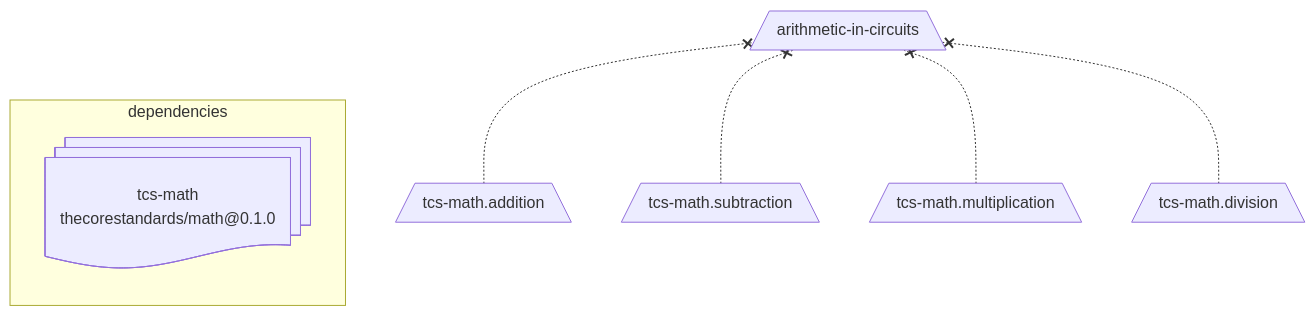
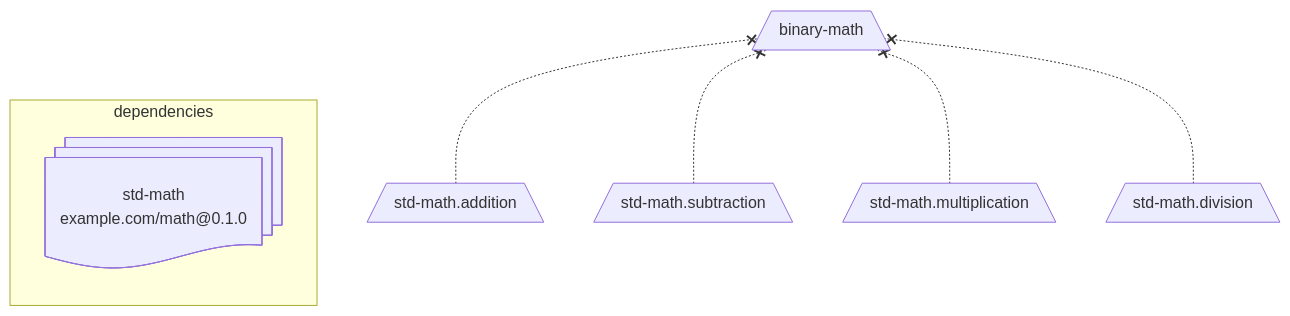
The first of 3 diagrams in specs/topic-list.md (openproficiency/model), drawn with Mermaid before and after one commit. The commit also changed other lines of this file and 1 other file, not shown here.

Commit message:
chore: replace references of "thecorestandards" with "example.com"

````diff
--- a/specs/topic-list.md
+++ b/specs/topic-list.md
@@ -60,15 +60,15 @@
 ```mermaid
 flowchart BT
 
-  arithmetic-in-circuits[/"arithmetic-in-circuits"\]
+  binary-math[/"binary-math"\]
 
-    addition[/"tcs-math.addition"\] -.-x arithmetic-in-circuits
-    subtraction[/"tcs-math.subtraction"\] -.-x arithmetic-in-circuits
-    multiplication[/"tcs-math.multiplication"\] -.-x arithmetic-in-circuits
-    division[/"tcs-math.division"\] -.-x arithmetic-in-circuits
+    addition[/"std-math.addition"\] -.-x binary-math
+    subtraction[/"std-math.subtraction"\] -.-x binary-math
+    multiplication[/"std-math.multiplication"\] -.-x binary-math
+    division[/"std-math.division"\] -.-x binary-math
 
   %% Dependencies
   subgraph dependencies
-    tcs-math@{ shape: docs, label: "tcs-math<br/>thecorestandards/math@0.1.0" }
+    std-math@{ shape: docs, label: "std-math<br/>example.com/math@0.1.0" }
   end
 ```
````
